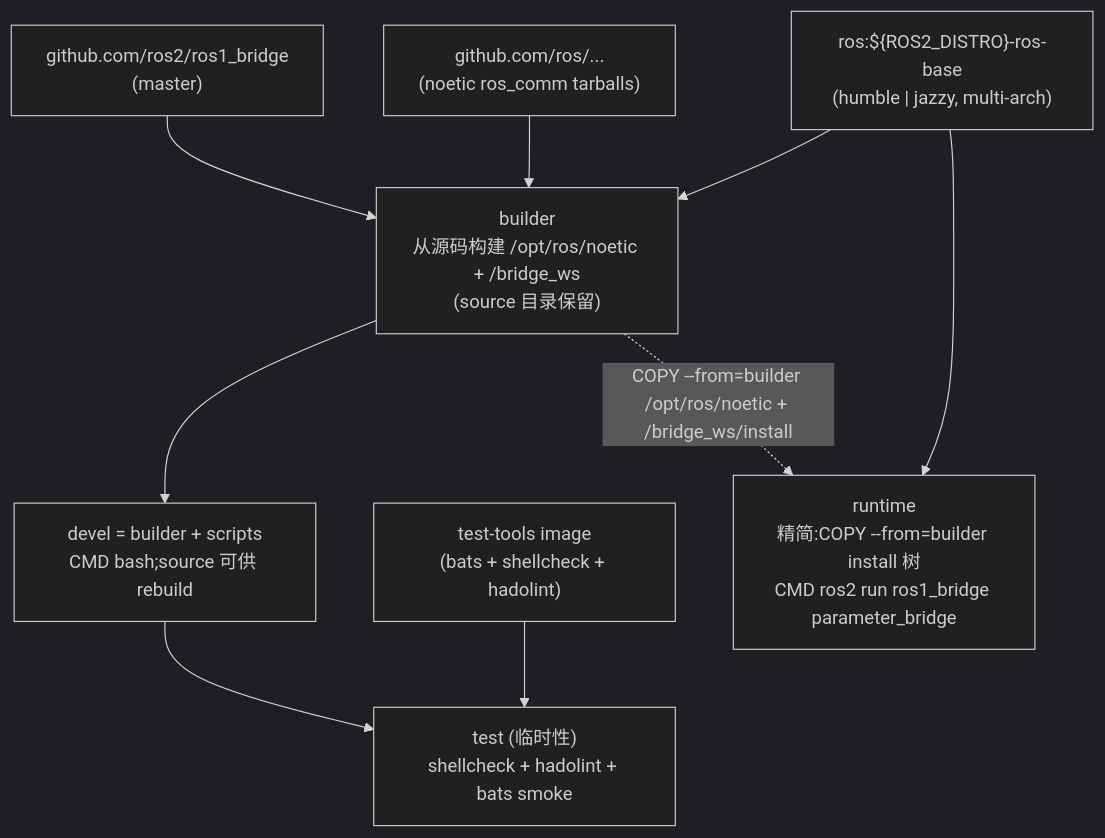
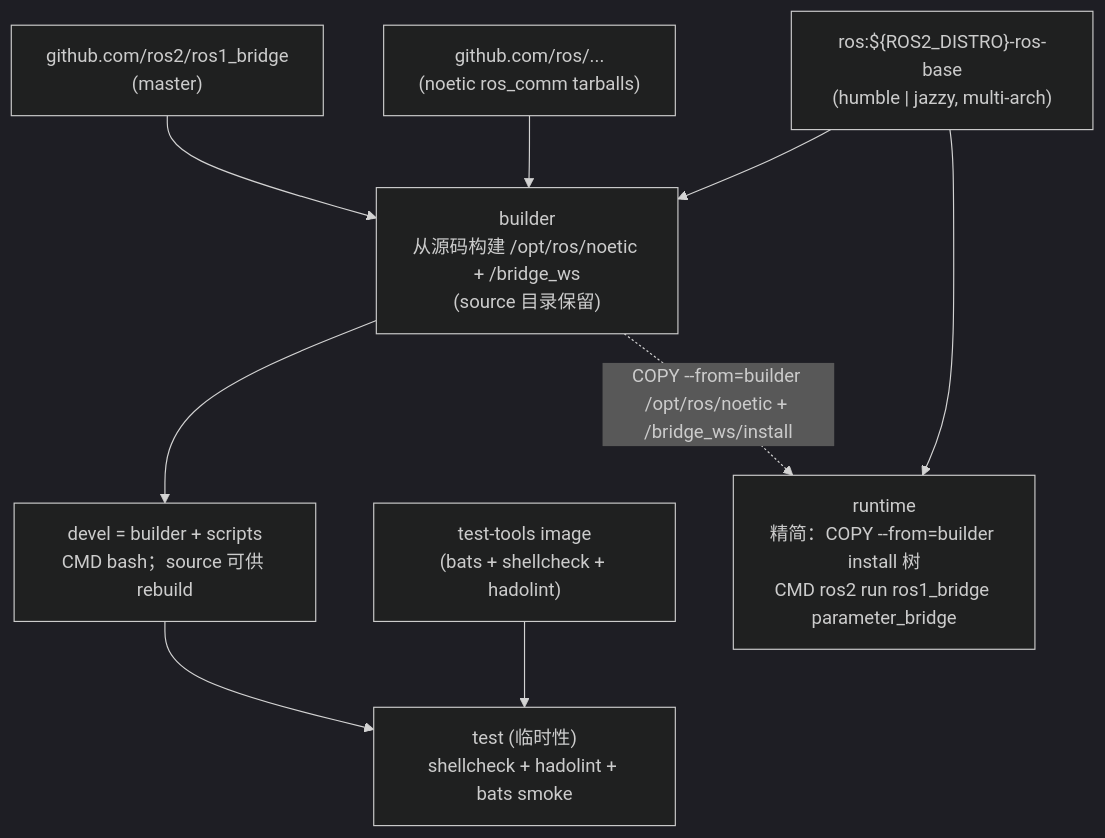
The diagram in doc/README.zh-CN.md (ycpss91255-docker/ros1_bridge), drawn with Mermaid (dark theme) before and after one commit. The commit also changed other lines of this file and 4 other files, not shown here.

````diff
--- a/doc/README.zh-CN.md
+++ b/doc/README.zh-CN.md
@@ -224,20 +241,20 @@
 ```mermaid
 graph TD
     EXT1["test-tools image\n(bats + shellcheck + hadolint)"]
     EXT3["ros:${ROS2_DISTRO}-ros-base\n(humble | jazzy, multi-arch)"]
     EXT4["github.com/ros/...\n(noetic ros_comm tarballs)"]
     EXT5["github.com/ros2/ros1_bridge\n(master)"]
 
     EXT3 --> builder["builder\n从源码构建 /opt/ros/noetic + /bridge_ws\n(source 目录保留)"]
     EXT4 --> builder
     EXT5 --> builder
 
-    builder --> devel["devel = builder + scripts\nCMD bash;source 可供 rebuild"]
+    builder --> devel["devel = builder + scripts\nCMD bash；source 可供 rebuild"]
 
-    EXT3 --> runtime["runtime\n精简:COPY --from=builder install 树\nCMD ros2 run ros1_bridge parameter_bridge"]
+    EXT3 --> runtime["runtime\n精简：COPY --from=builder install 树\nCMD ros2 run ros1_bridge parameter_bridge"]
     builder -.->|COPY --from=builder /opt/ros/noetic + /bridge_ws/install| runtime
 
     EXT1 --> test["test (临时性)\nshellcheck + hadolint + bats smoke"]
     devel --> test
 
 ```
````
